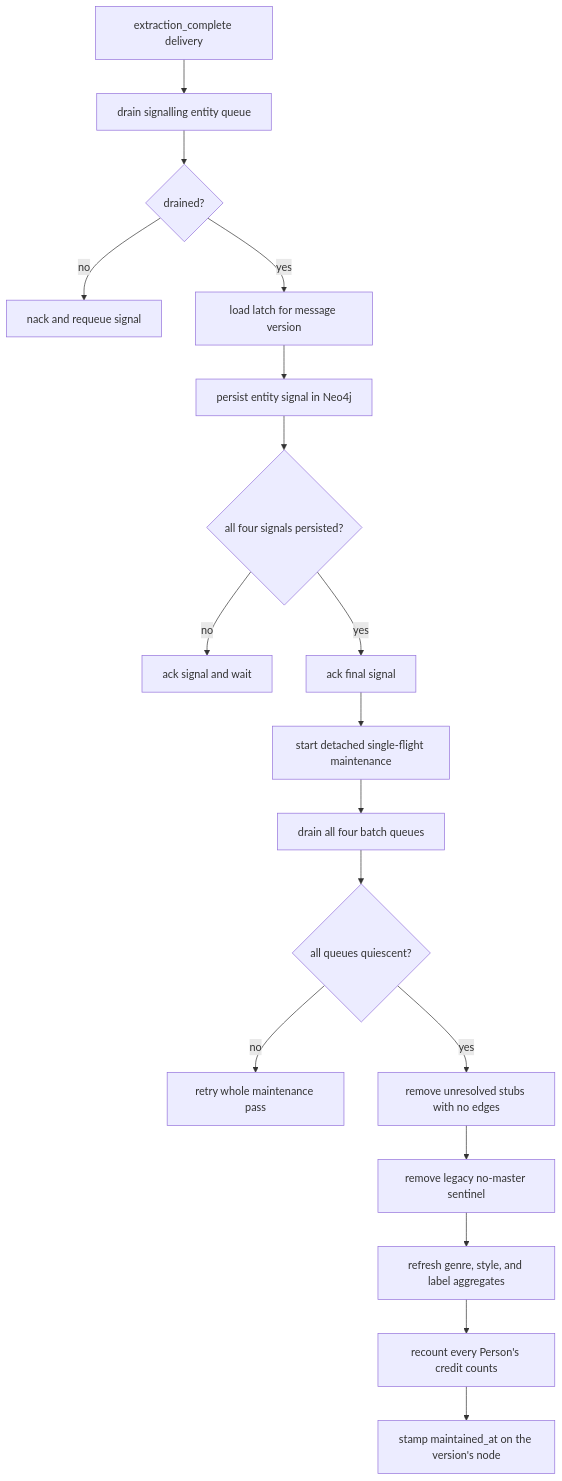
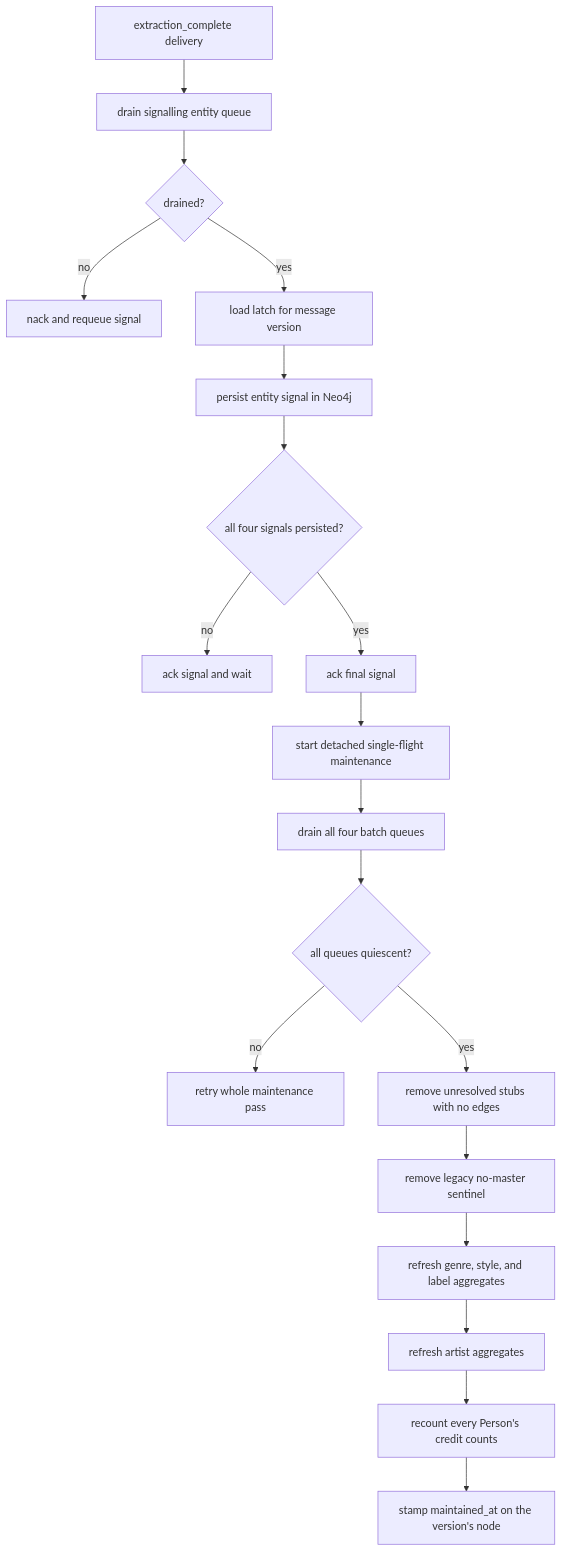
Before and after one commit to groovemap-music/discogs-graph-enricher: the diagram in docs/file-completion-tracking.md, drawn with Mermaid. The commit also changed other lines of this file and 6 other files, not shown here.

````diff
--- a/docs/file-completion-tracking.md
+++ b/docs/file-completion-tracking.md
@@ -24,20 +24,21 @@
 ```mermaid
 flowchart TD
     A[extraction_complete delivery] --> B[drain signalling entity queue]
     B --> C{drained?}
     C -->|no| D[nack and requeue signal]
     C -->|yes| E[load latch for message version]
     E --> F[persist entity signal in Neo4j]
     F --> G{all four signals persisted?}
     G -->|no| H[ack signal and wait]
     G -->|yes| I[ack final signal]
     I --> J[start detached single-flight maintenance]
     J --> K[drain all four batch queues]
     K --> L{all queues quiescent?}
     L -->|no| M[retry whole maintenance pass]
     L -->|yes| N[remove unresolved stubs with no edges]
     N --> S[remove legacy no-master sentinel]
     S --> O[refresh genre, style, and label aggregates]
-    O --> P[recount every Person's credit counts]
+    O --> R[refresh artist aggregates]
+    R --> P[recount every Person's credit counts]
     P --> Q[stamp maintained_at on the version's node]
 ```
````
